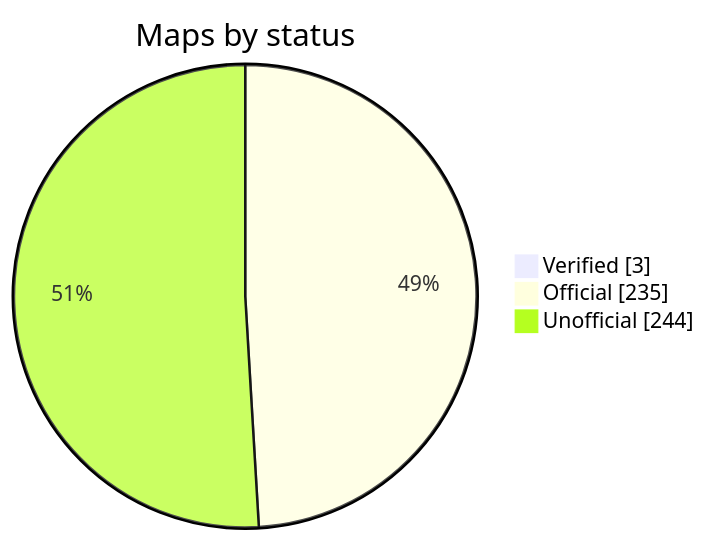
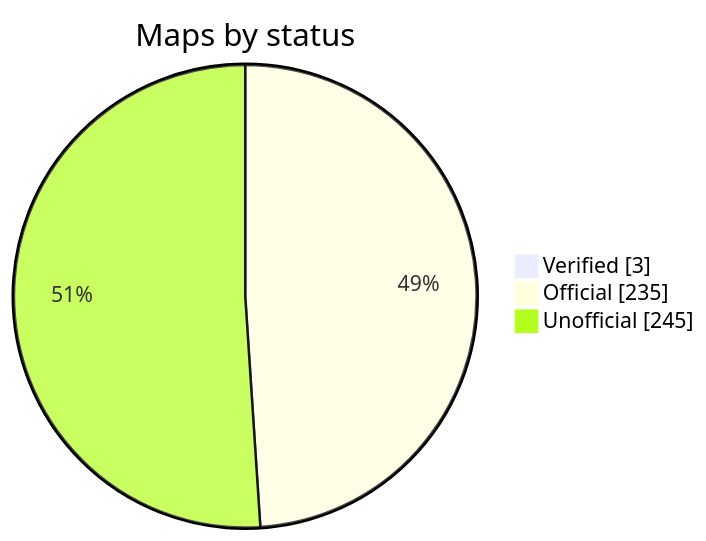
The diagram in README.md (nobrega8/mbmap-library), drawn with Mermaid before and after one commit. The commit also changed 2 other files, not shown here.

Commit message:
Add the Raedian NEO map

````diff
--- a/README.md
+++ b/README.md
@@ -48,7 +48,7 @@
 ```mermaid
 pie showData
     title Maps by status
     "Verified" : 3
     "Official" : 235
-    "Unofficial" : 244
+    "Unofficial" : 245
 ```
````
